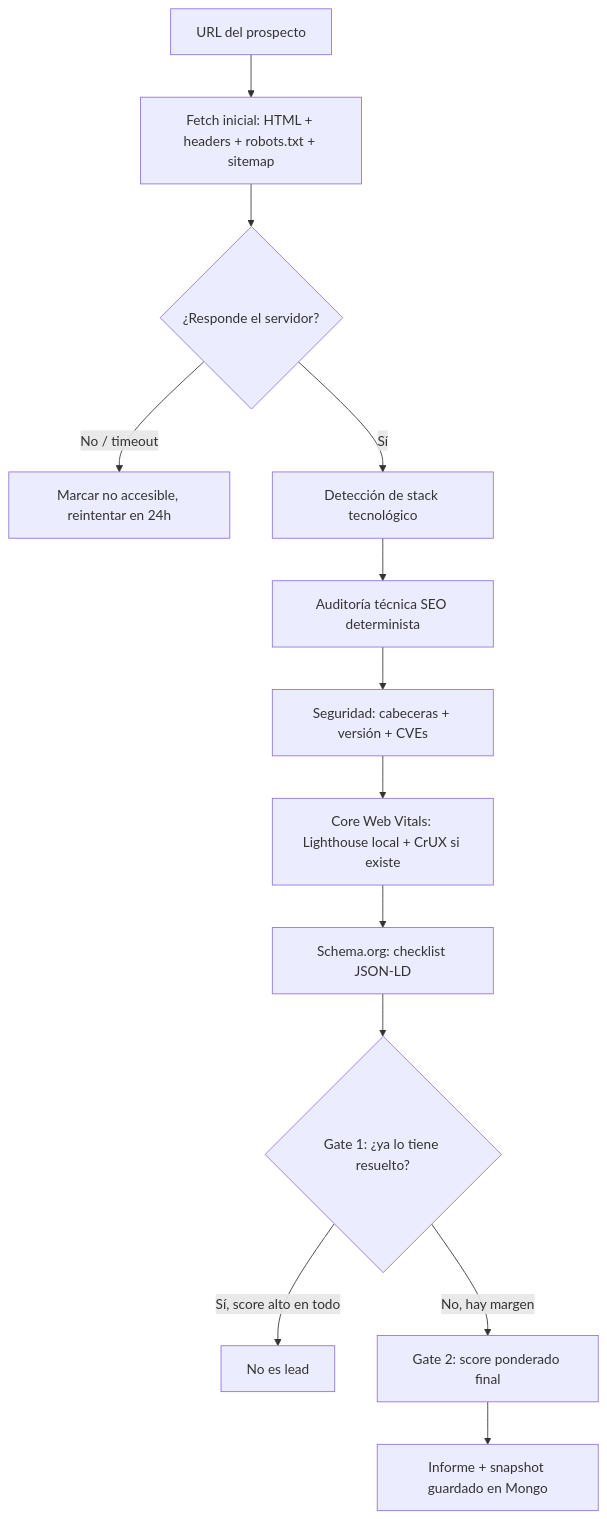
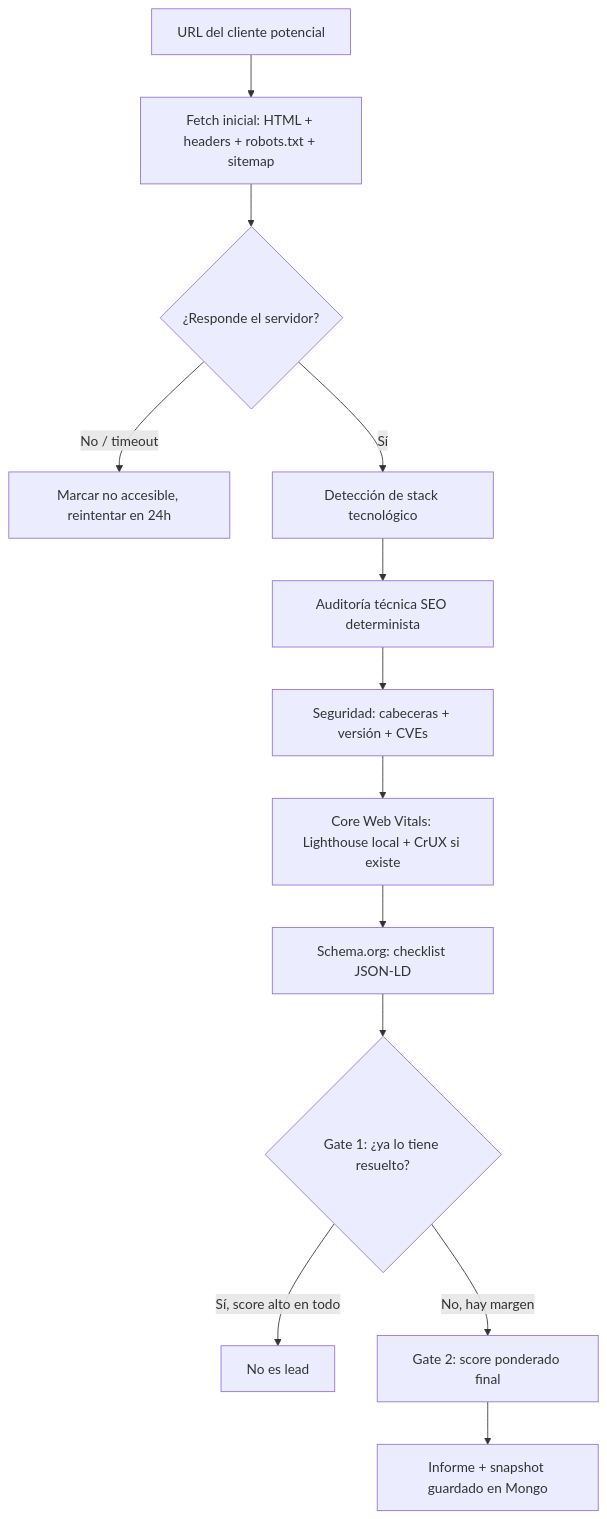
The first of 5 diagrams in docs/motor-auditoria-determinista.md (agustinpaya1/agencia-seo), drawn with Mermaid before and after one commit. The commit also changed 95 other files, not shown here.

````diff
--- a/docs/motor-auditoria-determinista.md
+++ b/docs/motor-auditoria-determinista.md
@@ -30,15 +30,15 @@
 ```mermaid
 flowchart TD
-    A["URL del prospecto"] --> B["Fetch inicial: HTML + headers + robots.txt + sitemap"]
+    A["URL del cliente potencial"] --> B["Fetch inicial: HTML + headers + robots.txt + sitemap"]
     B --> C{"¿Responde el servidor?"}
     C -->|"No / timeout"| C1["Marcar no accesible, reintentar en 24h"]
     C -->|"Sí"| D["Detección de stack tecnológico"]
     D --> E["Auditoría técnica SEO determinista"]
     E --> F["Seguridad: cabeceras + versión + CVEs"]
     F --> G["Core Web Vitals: Lighthouse local + CrUX si existe"]
     G --> H["Schema.org: checklist JSON-LD"]
     H --> I{"Gate 1: ¿ya lo tiene resuelto?"}
     I -->|"Sí, score alto en todo"| J["No es lead"]
     I -->|"No, hay margen"| K["Gate 2: score ponderado final"]
     K --> L["Informe + snapshot guardado en Mongo"]
 ```
````
